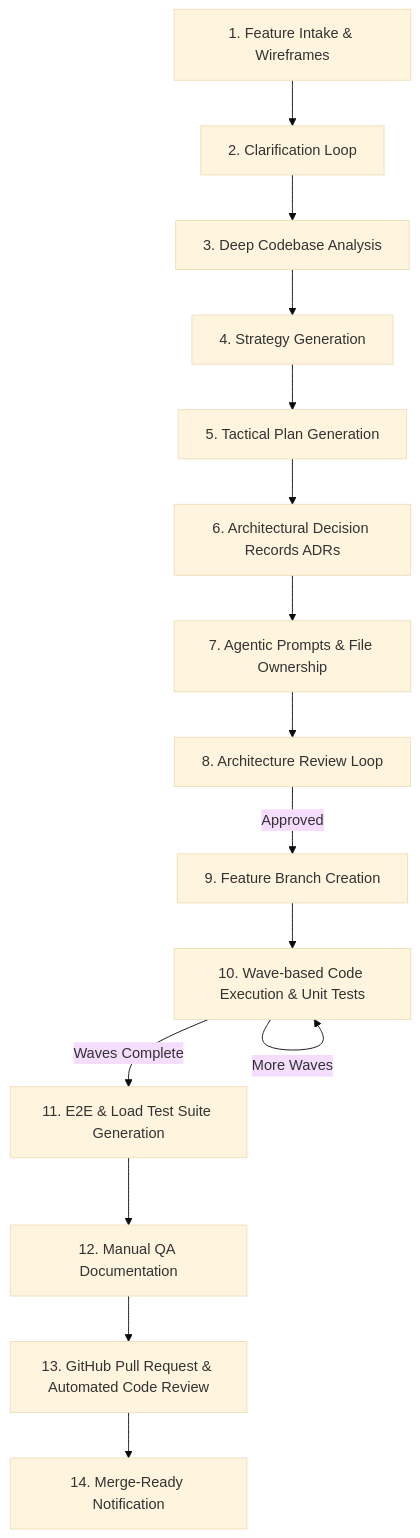
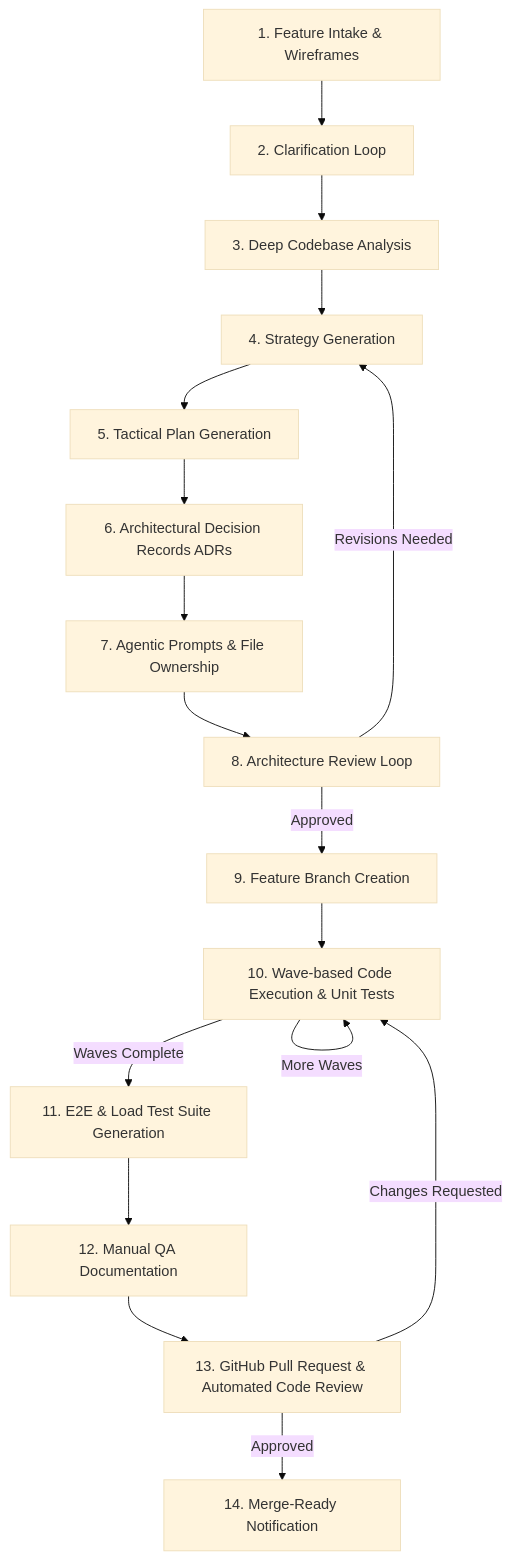
Before and after one commit to CABM-CRUCIBLE/homecare-af: the diagram in README.md, drawn with Mermaid (base theme). The commit also changed other lines of this file and 1 other file, not shown here.

````diff
--- a/README.md
+++ b/README.md
@@ -29,17 +60,19 @@
 ```mermaid
 flowchart TD
     A[1. Feature Intake & Wireframes] --> B[2. Clarification Loop]
     B --> C[3. Deep Codebase Analysis]
     C --> D[4. Strategy Generation]
     D --> E[5. Tactical Plan Generation]
     E --> F[6. Architectural Decision Records ADRs]
     F --> G[7. Agentic Prompts & File Ownership]
     G --> H[8. Architecture Review Loop]
     H -->|Approved| I[9. Feature Branch Creation]
+    H -->|Revisions Needed| D
     I --> J[10. Wave-based Code Execution & Unit Tests]
     J -->|More Waves| J
     J -->|Waves Complete| K[11. E2E & Load Test Suite Generation]
     K --> L[12. Manual QA Documentation]
     L --> M[13. GitHub Pull Request & Automated Code Review]
-    M --> N[14. Merge-Ready Notification]
+    M -->|Changes Requested| J
+    M -->|Approved| N[14. Merge-Ready Notification]
 ```
````
